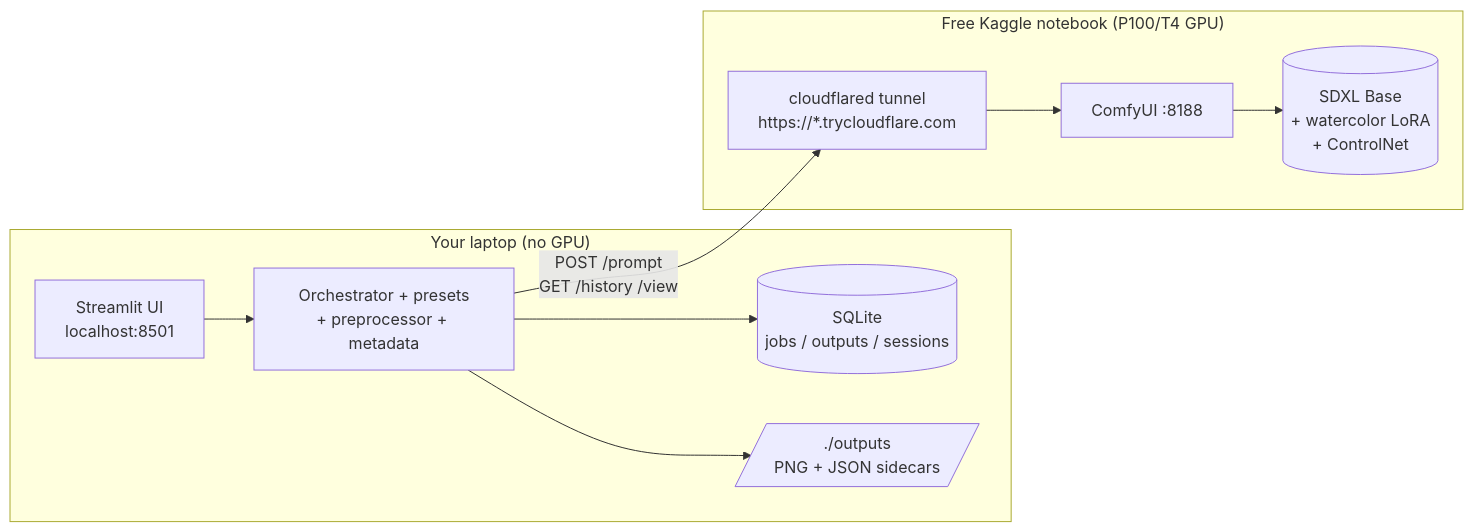
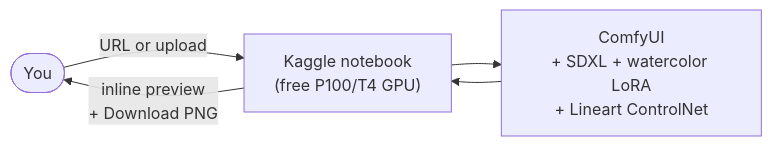
One commit to 8lianno/aquarender changed the diagram in README.md. Above: the diagram before and after it, drawn with Mermaid. The commit also changed other lines of this file and 3 other files, not shown here.

First line of the commit message:
feat(notebook): rebuild Kaggle notebook as a 3-cell seamless UX

````diff
--- a/README.md
+++ b/README.md
@@ -7,22 +23,7 @@
 ```mermaid
 flowchart LR
-    subgraph laptop ["Your laptop (no GPU)"]
-        UI["Streamlit UI<br/>localhost:8501"]
-        Core["Orchestrator + presets<br/>+ preprocessor + metadata"]
-        DB[("SQLite<br/>jobs / outputs / sessions")]
-        OUT[/"./outputs<br/>PNG + JSON sidecars"/]
-        UI --> Core
-        Core --> DB
-        Core --> OUT
-    end
-
-    subgraph kaggle ["Free Kaggle notebook (P100/T4 GPU)"]
-        CF["cloudflared tunnel<br/>https://*.trycloudflare.com"]
-        Comfy["ComfyUI :8188"]
-        Models[("SDXL Base<br/>+ watercolor LoRA<br/>+ ControlNet")]
-        CF --> Comfy
-        Comfy --> Models
-    end
-
-    Core -- "POST /prompt<br/>GET /history /view" --> CF
+    User([You]) -- "URL or upload" --> NB["Kaggle notebook<br/>(free P100/T4 GPU)"]
+    NB --> Comfy["ComfyUI<br/>+ SDXL + watercolor LoRA<br/>+ Lineart ControlNet"]
+    Comfy --> NB
+    NB -- "inline preview<br/>+ Download PNG" --> User
 ```
````
